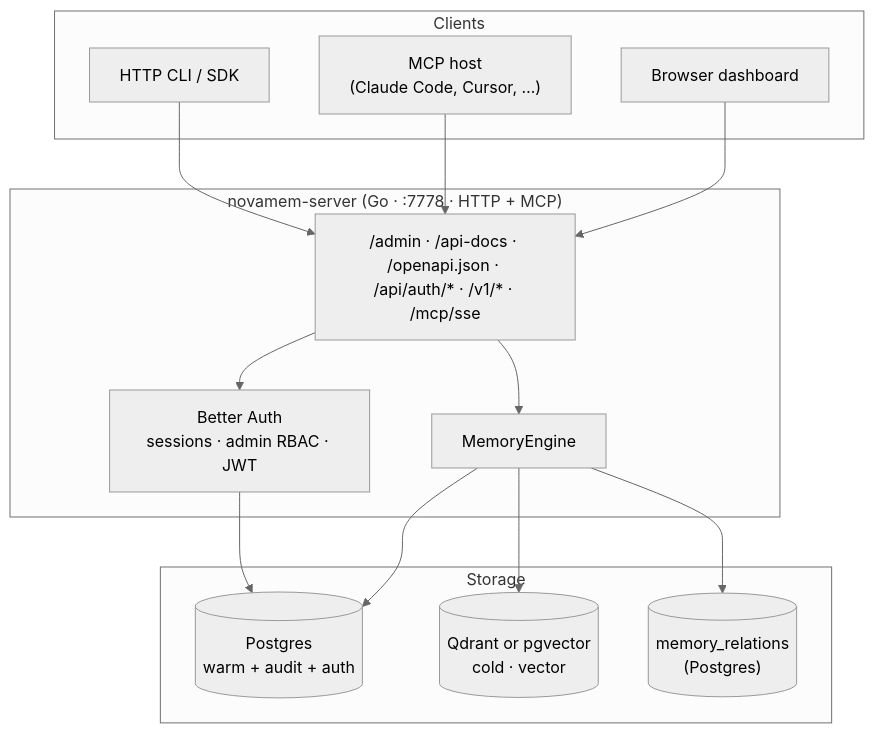
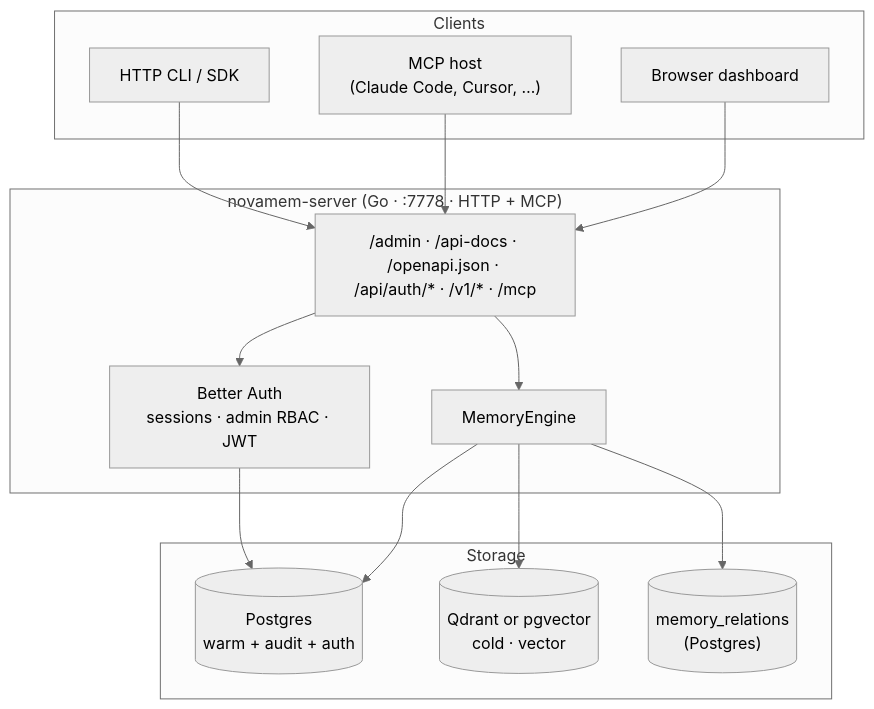
Before and after one commit to azrtydxb/novamem: the first of 4 diagrams in docs/architecture/system.md, drawn with Mermaid (neutral theme). The commit also changed other lines of this file and 31 other files, not shown here.

First line of the commit message:
feat(mcp)!: remove the deprecated HTTP+SSE transport (#279)

````diff
--- a/docs/architecture/system.md
+++ b/docs/architecture/system.md
@@ -7,30 +7,30 @@
 ```mermaid
 flowchart TB
     subgraph clients["Clients"]
         DASH["Browser dashboard"]
         MCP["MCP host<br/>(Claude Code, Cursor, …)"]
         CLI["HTTP CLI / SDK"]
     end
 
     subgraph server["novamem-server (Go · :7778 · HTTP + MCP)"]
-        ROUTES["/admin · /api-docs · /openapi.json · /api/auth/* · /v1/* · /mcp/sse"]
+        ROUTES["/admin · /api-docs · /openapi.json · /api/auth/* · /v1/* · /mcp"]
         ENGINE["MemoryEngine"]
         BA["Better Auth<br/>sessions · admin RBAC · JWT"]
         ROUTES --> ENGINE
         ROUTES --> BA
     end
 
     subgraph stores["Storage"]
         PG[("Postgres<br/>warm + audit + auth")]
         QD[("Qdrant or pgvector<br/>cold · vector")]
         REL[("memory_relations<br/>(Postgres)")]
     end
 
     DASH --> ROUTES
     MCP --> ROUTES
     CLI --> ROUTES
     ENGINE --> PG
     ENGINE --> QD
     ENGINE --> REL
     BA --> PG
 ```
````
